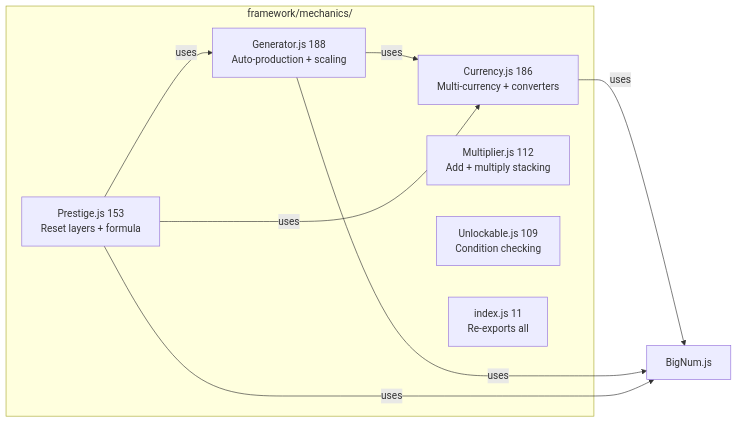
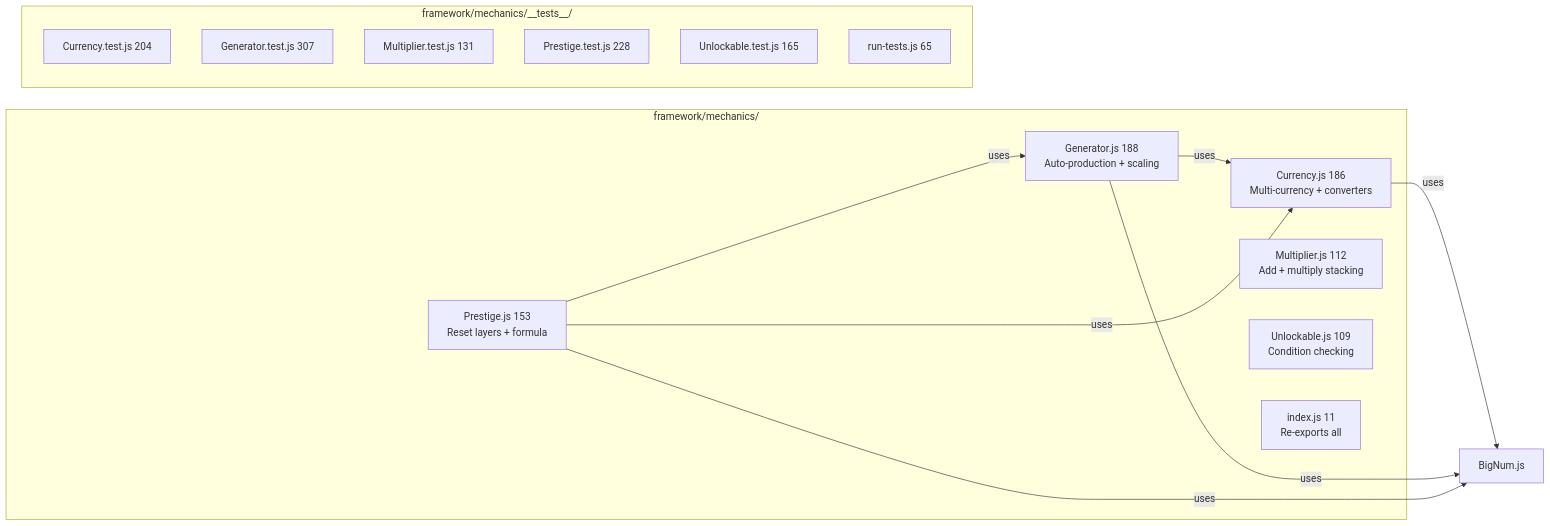
One commit to J-Gierend/gamePocGen changed the fourth of 10 diagrams in AI/document/01-file-map.md. Above: the diagram before and after it, drawn with Mermaid. The commit also changed other lines of this file and 5 other files, not shown here.

````diff
--- a/AI/document/01-file-map.md
+++ b/AI/document/01-file-map.md
@@ -72,18 +82,27 @@
 ```mermaid
 graph LR
     subgraph "framework/mechanics/"
         CU["Currency.js 186\nMulti-currency + converters"]
         GE["Generator.js 188\nAuto-production + scaling"]
         MU["Multiplier.js 112\nAdd + multiply stacking"]
         PR["Prestige.js 153\nReset layers + formula"]
         UN["Unlockable.js 109\nCondition checking"]
         MI["index.js 11\nRe-exports all"]
     end
 
+    subgraph "framework/mechanics/__tests__/"
+        CUT["Currency.test.js 204"]
+        GET["Generator.test.js 307"]
+        MUT["Multiplier.test.js 131"]
+        PRT["Prestige.test.js 228"]
+        UNT["Unlockable.test.js 165"]
+        MRR["run-tests.js 65"]
+    end
+
     CU -->|"uses"| BN["BigNum.js"]
     GE -->|"uses"| BN
     GE -->|"uses"| CU
     PR -->|"uses"| BN
     PR -->|"uses"| CU
     PR -->|"uses"| GE
 ```
````
